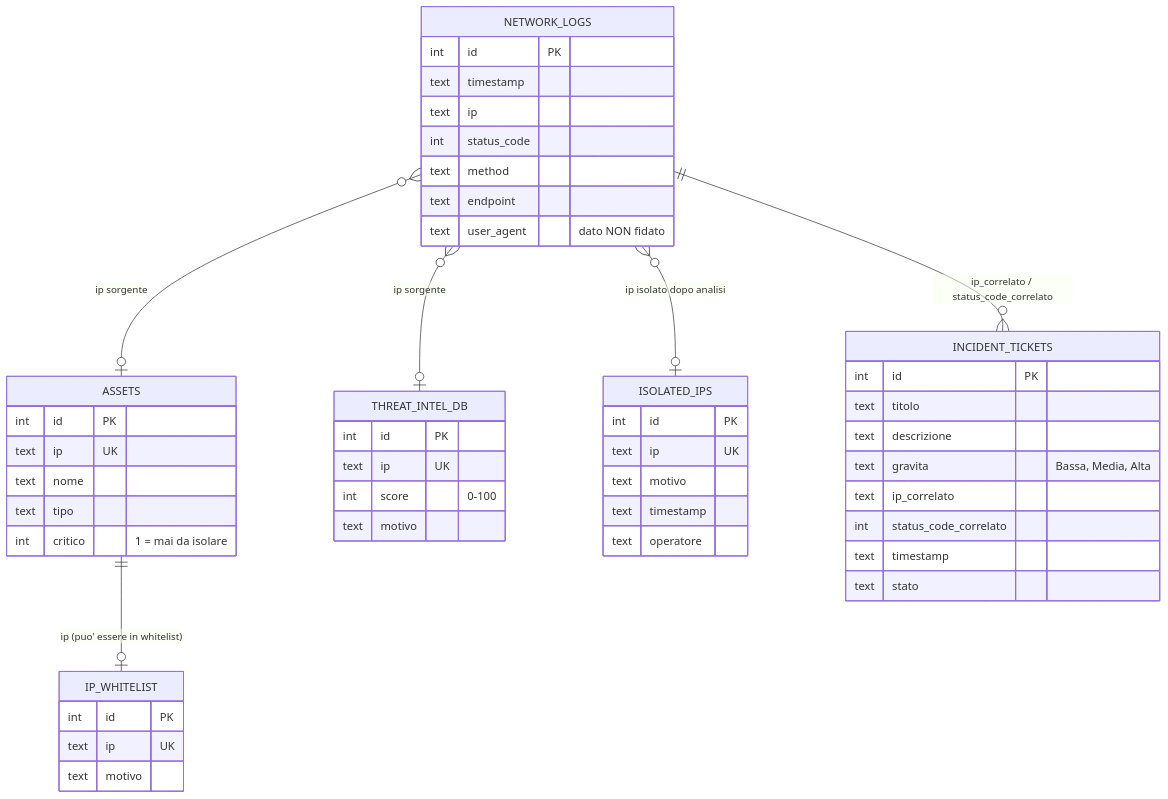
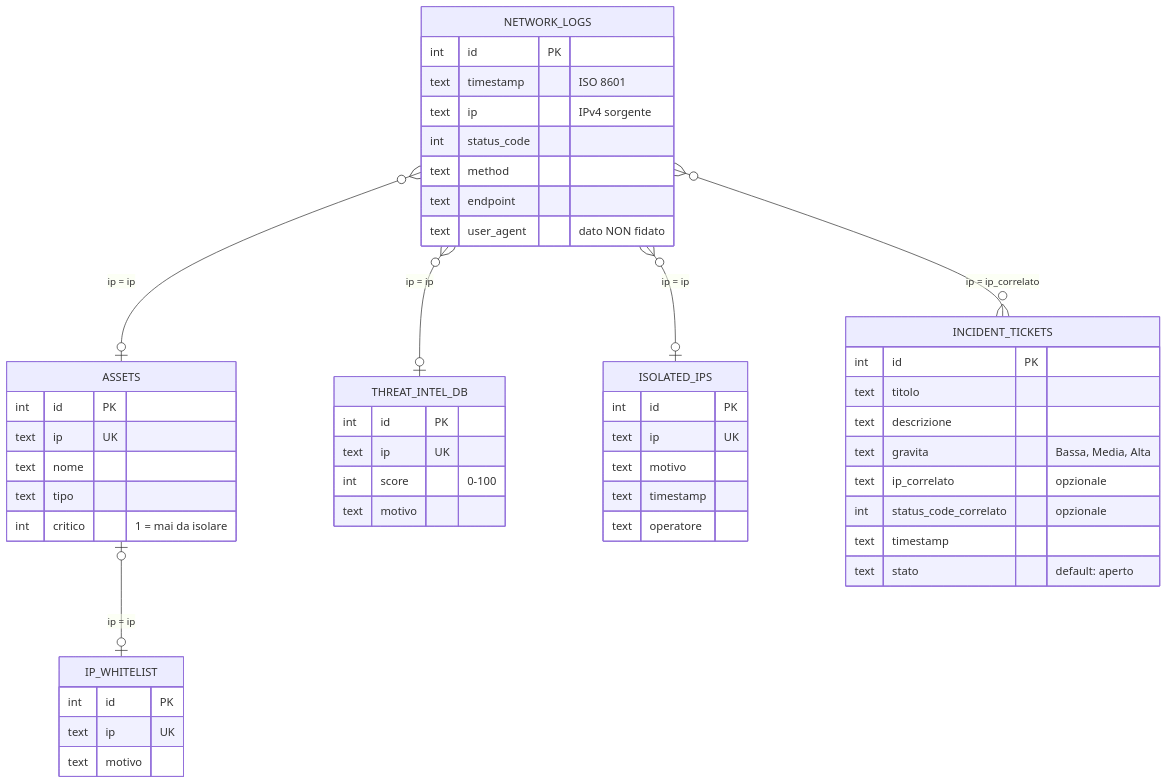
The diagram in docs/er.md (CalviLore/cyber-soc-sentinel-pw26), drawn with Mermaid before and after one commit. The commit also changed other lines of this file and 8 other files, not shown here.

````diff
--- a/docs/er.md
+++ b/docs/er.md
@@ -5,53 +7,53 @@
 ```mermaid
 erDiagram
     NETWORK_LOGS {
         int id PK
-        text timestamp
-        text ip
+        text timestamp "ISO 8601"
+        text ip "IPv4 sorgente"
         int status_code
         text method
         text endpoint
         text user_agent "dato NON fidato"
     }
     ASSETS {
         int id PK
         text ip UK
         text nome
         text tipo
         int critico "1 = mai da isolare"
     }
     IP_WHITELIST {
         int id PK
         text ip UK
         text motivo
     }
     THREAT_INTEL_DB {
         int id PK
         text ip UK
         int score "0-100"
         text motivo
     }
     ISOLATED_IPS {
         int id PK
         text ip UK
         text motivo
         text timestamp
         text operatore
     }
     INCIDENT_TICKETS {
         int id PK
         text titolo
         text descrizione
         text gravita "Bassa, Media, Alta"
-        text ip_correlato
-        int status_code_correlato
+        text ip_correlato "opzionale"
+        int status_code_correlato "opzionale"
         text timestamp
-        text stato
+        text stato "default: aperto"
     }
 
-    ASSETS ||--o| IP_WHITELIST : "ip (puo' essere in whitelist)"
-    NETWORK_LOGS }o--o| ASSETS : "ip sorgente"
-    NETWORK_LOGS }o--o| THREAT_INTEL_DB : "ip sorgente"
-    NETWORK_LOGS }o--o| ISOLATED_IPS : "ip isolato dopo analisi"
-    NETWORK_LOGS ||--o{ INCIDENT_TICKETS : "ip_correlato / status_code_correlato"
+    NETWORK_LOGS }o--o| ASSETS : "ip = ip"
+    NETWORK_LOGS }o--o| THREAT_INTEL_DB : "ip = ip"
+    ASSETS |o--o| IP_WHITELIST : "ip = ip"
+    NETWORK_LOGS }o--o| ISOLATED_IPS : "ip = ip"
+    NETWORK_LOGS }o--o{ INCIDENT_TICKETS : "ip = ip_correlato"
 ```
````
